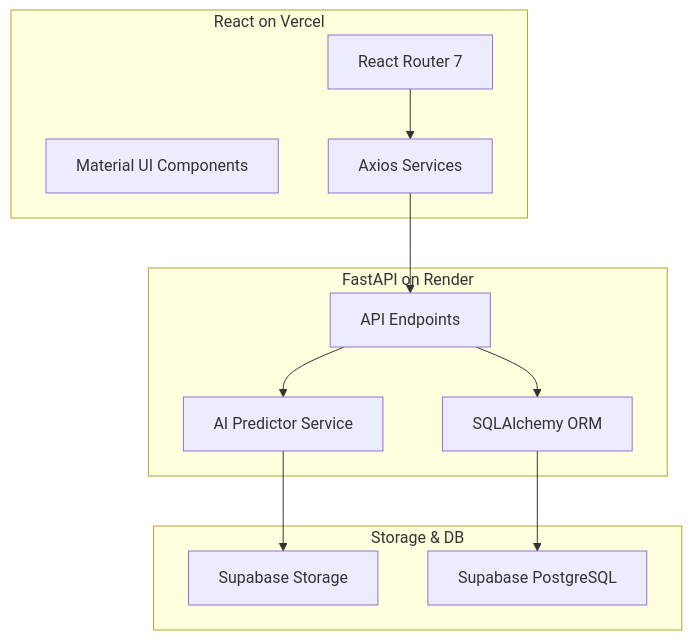
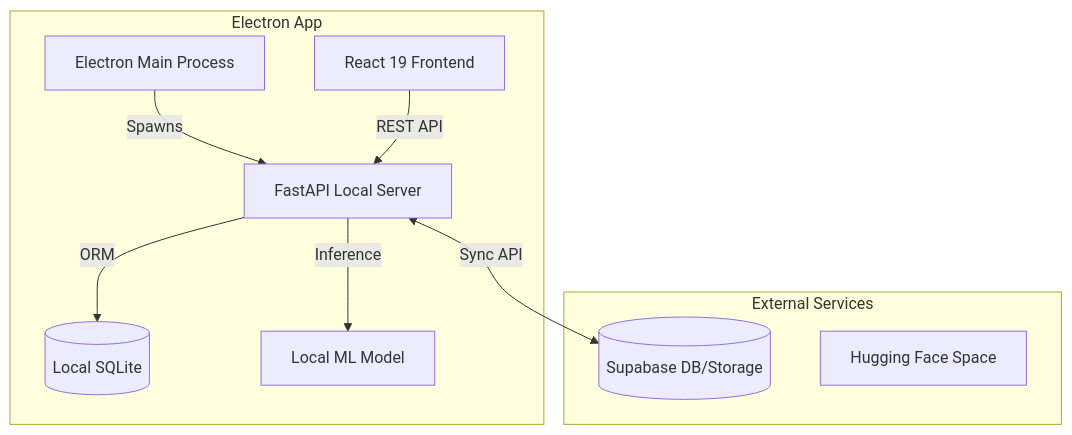
Before and after one commit to Antony136/Diabetic-Retinopathy-v2: the diagram in README.md, drawn with Mermaid. The commit also changed other lines of this file and 14 other files, not shown here.

Commit message:
Local app 1

````diff
--- a/README.md
+++ b/README.md
@@ -48,26 +39,21 @@
 ```mermaid
 graph TD
-    subgraph Frontend [React on Vercel]
-        UI[Material UI Components]
-        API_S[Axios Services]
-        Router[React Router 7]
+    subgraph Desktop [Electron App]
+        Renderer[React 19 Frontend]
+        Main[Electron Main Process]
+        Backend[FastAPI Local Server]
+        SQLite[(Local SQLite)]
+        ML[Local ML Model]
     end
 
-    subgraph Backend [FastAPI on Render]
-        API[API Endpoints]
-        Predictor[AI Predictor Service]
-        DB_Layer[SQLAlchemy ORM]
+    subgraph Cloud [External Services]
+        Supabase[(Supabase DB/Storage)]
+        HF[Hugging Face Space]
     end
 
-    subgraph Storage & DB
-        S3[Supabase Storage]
-        DB[Supabase PostgreSQL]
-    end
-
-    Router --> API_S
-    API_S --> API
-    API --> Predictor
-    Predictor --> S3
-    API --> DB_Layer
-    DB_Layer --> DB
+    Main -->|Spawns| Backend
+    Renderer -->|REST API| Backend
+    Backend -->|ORM| SQLite
+    Backend -->|Inference| ML
+    Backend <-->|Sync API| Supabase
 ```
````
